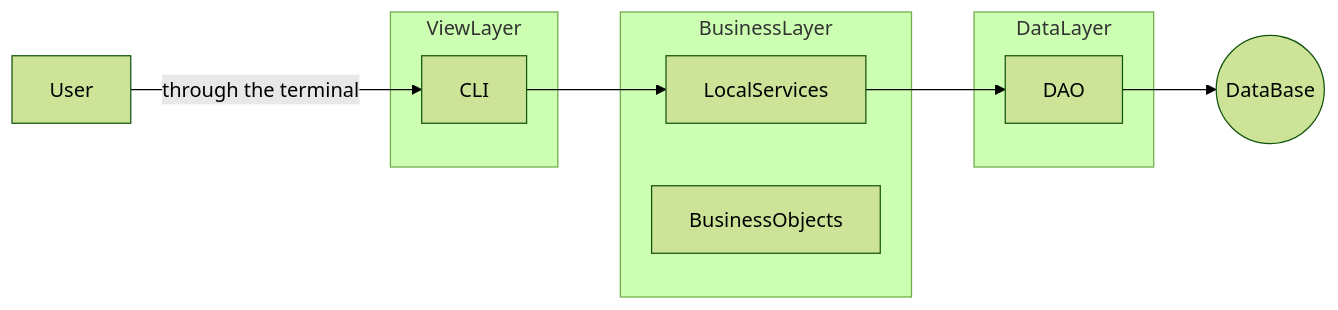
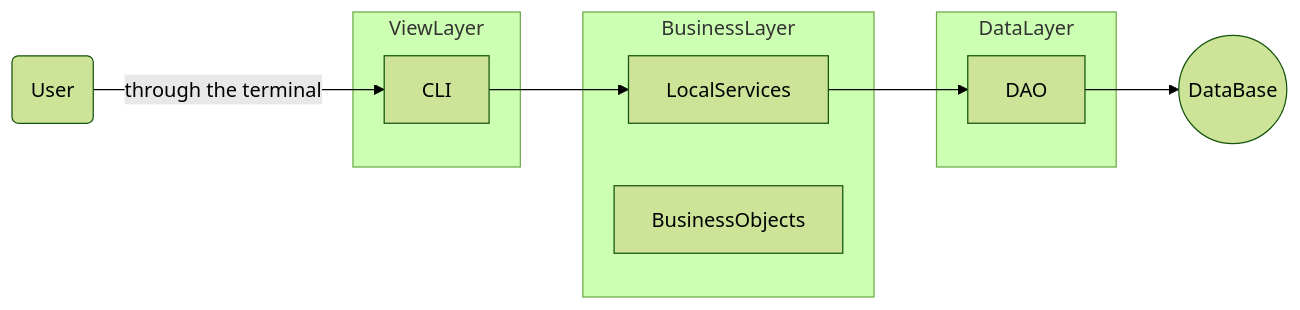
One commit to DonMako/beer changed the first of 2 diagrams in README.md. Above: the diagram before and after it, drawn with Mermaid (forest theme).

Commit message:
Màj du README

````diff
--- a/README.md
+++ b/README.md
@@ -42,17 +42,17 @@
 ```mermaid
 graph LR
-    A[User] --through the terminal--> b1[CLI]
+    A(User) --through the terminal--> b1[CLI]
     subgraph ViewLayer
     b1
     end
     b1 --> c2[LocalServices]
     subgraph BusinessLayer
     c1[BusinessObjects]
     c2[LocalServices]
     end
     c2 --> d1[DAO]
     subgraph DataLayer
     d1[DAO]
     end
     d1 --> E((DataBase))
 ```
````
